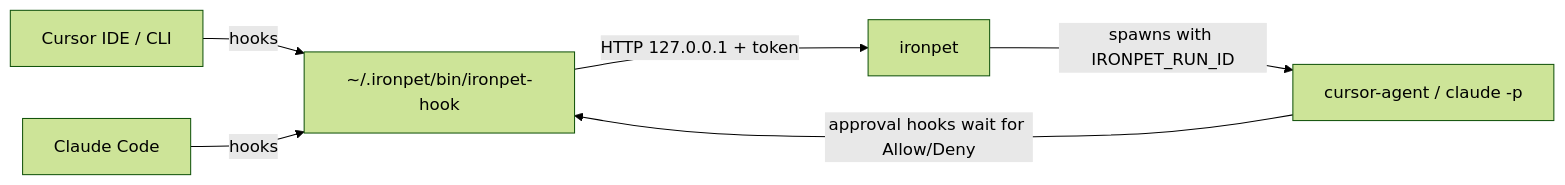
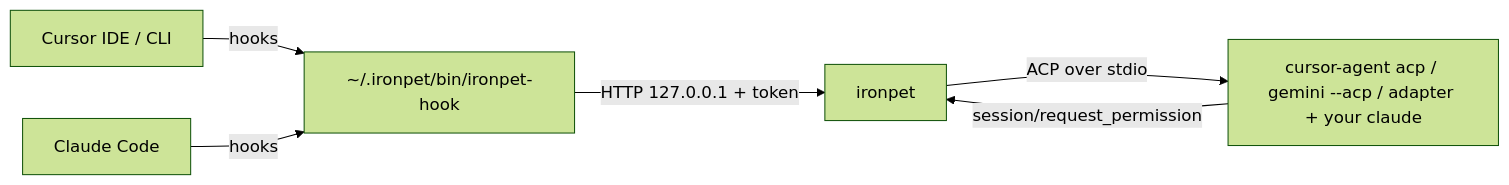
The diagram in README.md (amirilovic/ironpet), drawn with Mermaid (forest theme) before and after one commit. The commit also changed other lines of this file and 45 other files, not shown here.

````diff
--- a/README.md
+++ b/README.md
@@ -78,8 +78,8 @@
 ```mermaid
 flowchart LR
     Cursor[Cursor IDE / CLI] -- hooks --> Hook[~/.ironpet/bin/ironpet-hook]
     Claude[Claude Code] -- hooks --> Hook
     Hook -- "HTTP 127.0.0.1 + token" --> App[ironpet]
-    App -- "spawns with IRONPET_RUN_ID" --> Agent[cursor-agent / claude -p]
-    Agent -- "approval hooks wait for Allow/Deny" --> Hook
+    App -- "ACP over stdio" --> Agent[cursor-agent acp / gemini --acp / adapter + your claude]
+    Agent -- "session/request_permission" --> App
 ```
````
